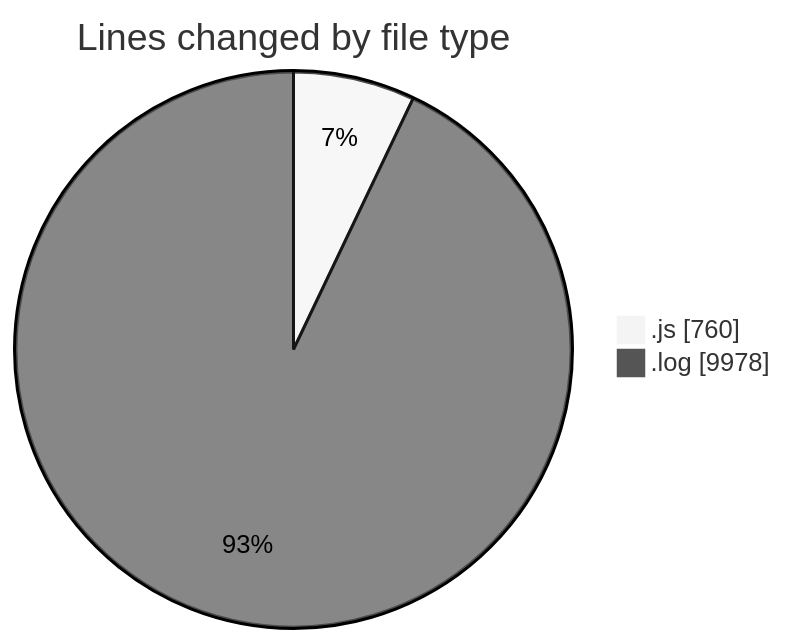
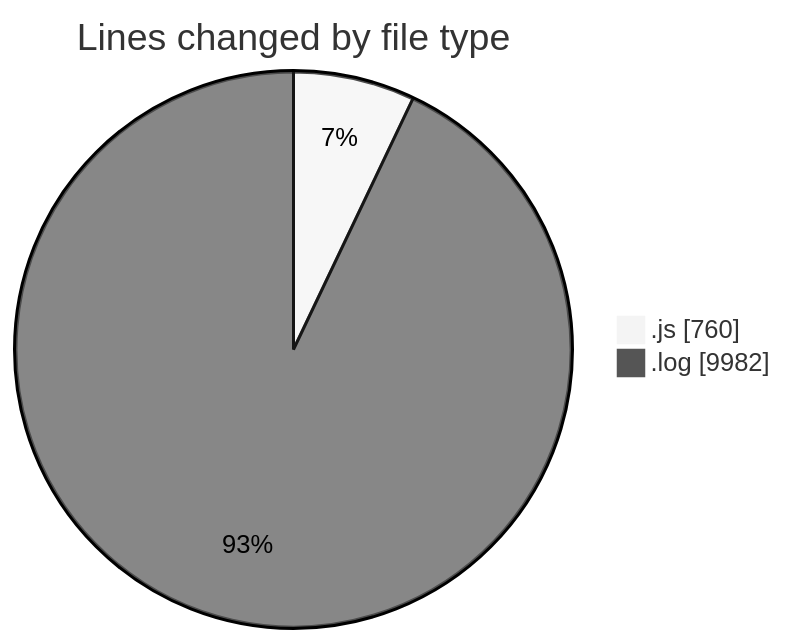
Before and after one commit to BS-eng2023/code-tracking: the first of 2 diagrams in 2025-04-04/jsvms/README.md, drawn with Mermaid (neutral theme). The commit also changed other lines of this file and 1 other file, not shown here.

````diff
--- a/2025-04-04/jsvms/README.md
+++ b/2025-04-04/jsvms/README.md
@@ -28,6 +28,6 @@
 ```mermaid
 pie showData
 title Lines changed by file type
 ".js" : 760
-".log" : 9978
+".log" : 9982
 ```
````
